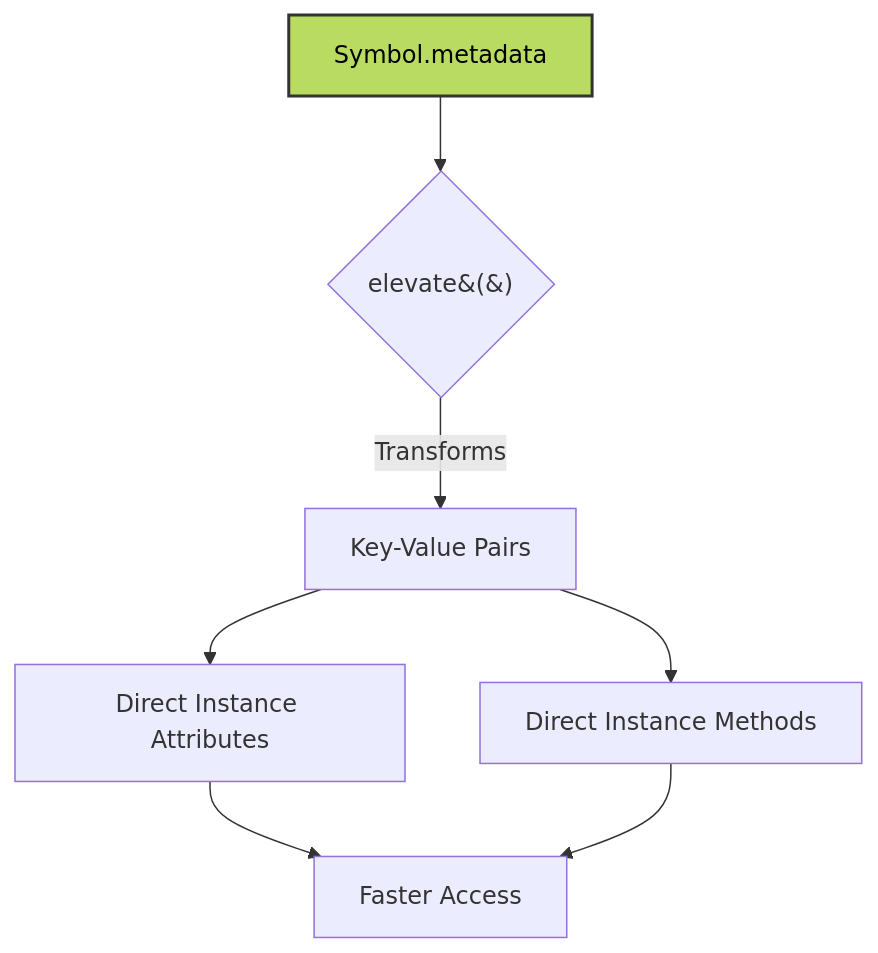
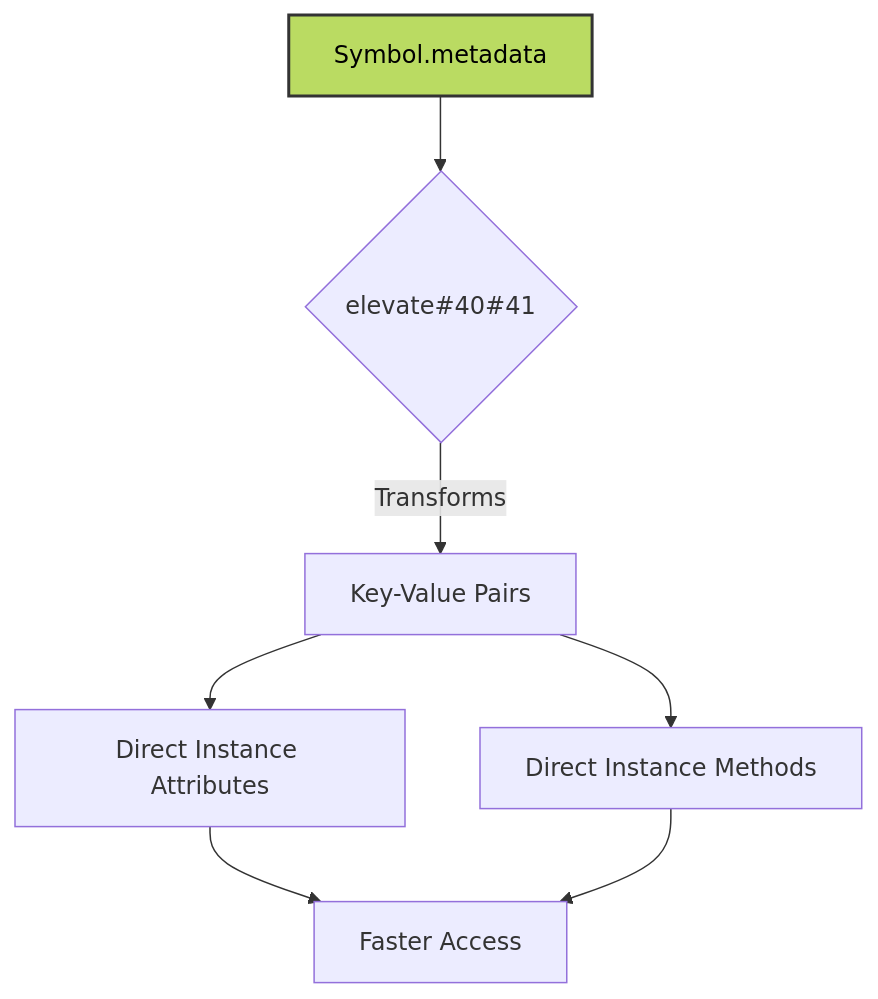
One commit to ikko/sym changed the ninth of 13 diagrams in docs/readme_details/8_api_highlights/index.md. Above: the diagram before and after it, drawn with Mermaid. The commit also changed other lines of this file and 38 other files, not shown here.

Commit message:
mermaids maybe fixed

````diff
--- a/docs/readme_details/8_api_highlights/index.md
+++ b/docs/readme_details/8_api_highlights/index.md
@@ -386,13 +386,13 @@
 ```mermaid
 graph TD
-    A[Symbol.metadata] --> B{elevate&#40;&#41;};
+    A[Symbol.metadata] --> B{elevate#40#41};
     B -- "Transforms" --> C[Key-Value Pairs];
     C --> D[Direct Instance Attributes];
     C --> E[Direct Instance Methods];
     D --> F[Faster Access];
     E --> F;
 
     style A fill:#badb62,stroke:#333,stroke-width:2px,color:#000000;
 
     style A fill:#badb62,stroke:#333,stroke-width:2px,color:#000000;
 ```
````
